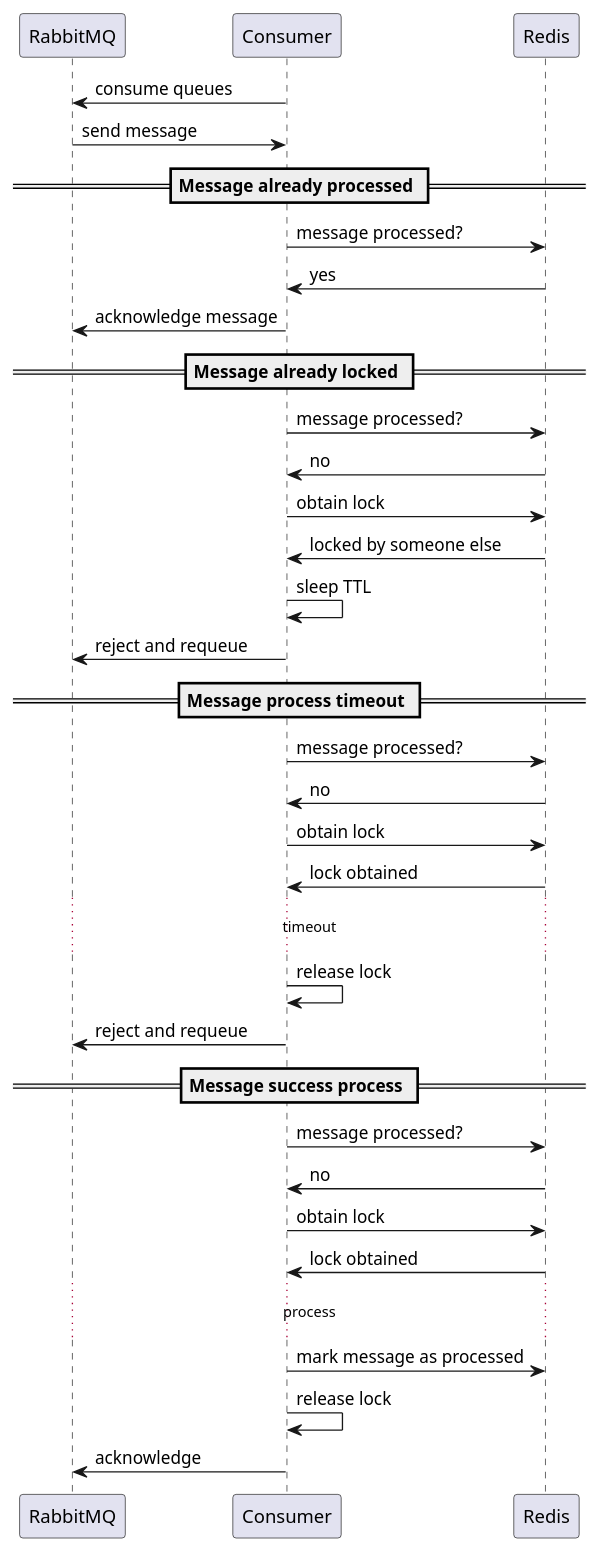
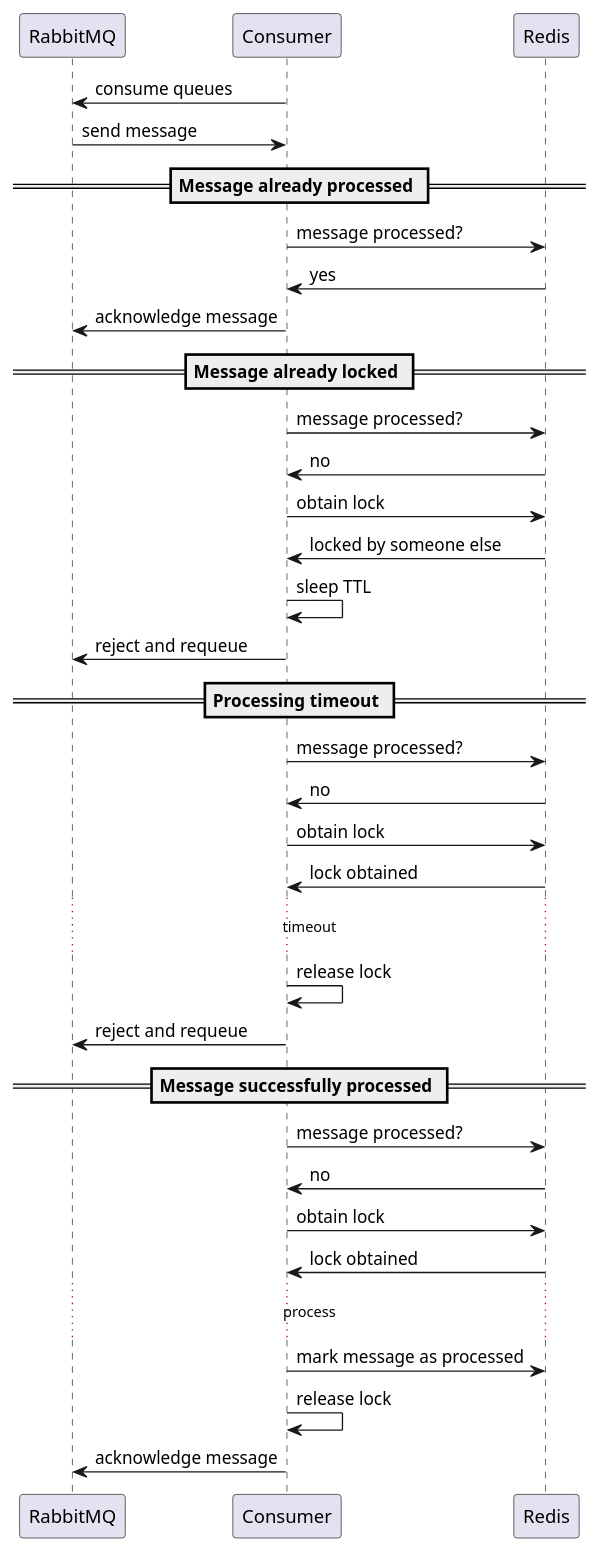
The diagram in system_design/moderation_queue/docs/consume-activity-diagram.puml (ewgRa/test_tasks), drawn with PlantUML before and after one commit. The commit also changed 28 other files, not shown here.

```diff
--- a/system_design/moderation_queue/docs/consume-activity-diagram.puml
+++ b/system_design/moderation_queue/docs/consume-activity-diagram.puml
@@ -1,34 +1,34 @@
 @startuml
 participant RabbitMQ
 
 Consumer -> RabbitMQ: consume queues
 RabbitMQ -> Consumer: send message
 == Message already processed ==
 Consumer -> Redis: message processed?
 Redis -> Consumer: yes
 Consumer -> RabbitMQ: acknowledge message
 == Message already locked ==
 Consumer -> Redis: message processed?
 Redis -> Consumer: no
 Consumer -> Redis: obtain lock
 Redis -> Consumer: locked by someone else
 Consumer -> Consumer: sleep TTL
 Consumer -> RabbitMQ: reject and requeue
-== Message process timeout ==
+== Processing timeout ==
 Consumer -> Redis: message processed?
 Redis -> Consumer: no
 Consumer -> Redis: obtain lock
 Redis -> Consumer: lock obtained
 ...timeout...
 Consumer -> Consumer: release lock
 Consumer -> RabbitMQ: reject and requeue
-== Message success process ==
+== Message successfully processed ==
 Consumer -> Redis: message processed?
 Redis -> Consumer: no
 Consumer -> Redis: obtain lock
 Redis -> Consumer: lock obtained
 ...process...
 Consumer -> Redis: mark message as processed
 Consumer -> Consumer: release lock
-Consumer -> RabbitMQ: acknowledge
+Consumer -> RabbitMQ: acknowledge message
 @enduml
```
